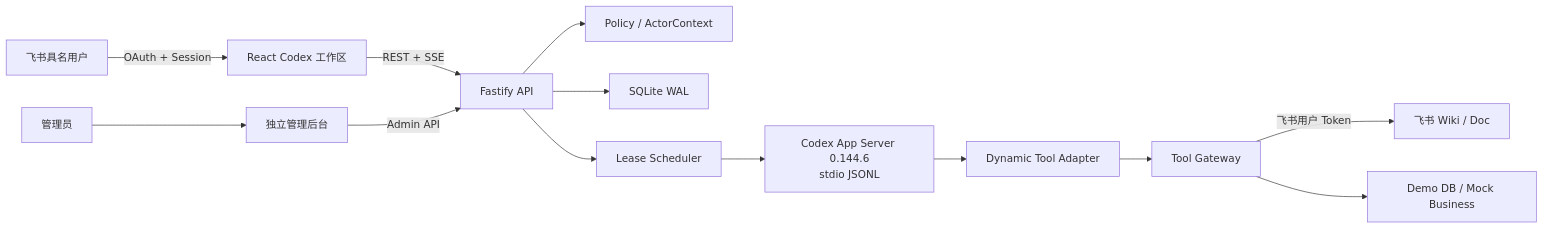
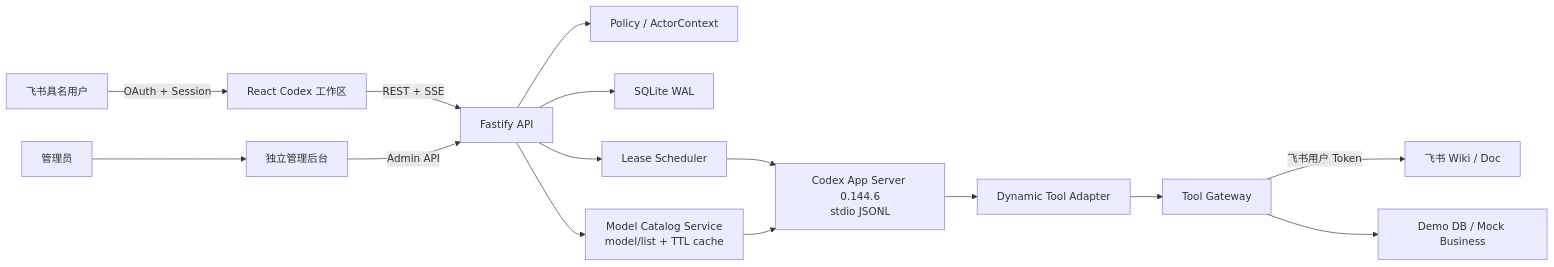
One commit to Scofy0123/AI-Platform changed the fourth of 6 diagrams in docs/codexplatform-1.1-product-and-technical-spec.md. Above: the diagram before and after it, drawn with Mermaid. The commit also changed other lines of this file and 53 other files, not shown here.

````diff
--- a/docs/codexplatform-1.1-product-and-technical-spec.md
+++ b/docs/codexplatform-1.1-product-and-technical-spec.md
@@ -200,15 +263,17 @@
 ```mermaid
 flowchart LR
     User["飞书具名用户"] -->|"OAuth + Session"| Web["React Codex 工作区"]
     Admin["管理员"] --> AdminUI["独立管理后台"]
     Web -->|"REST + SSE"| API["Fastify API"]
     AdminUI -->|"Admin API"| API
     API --> Policy["Policy / ActorContext"]
     API --> Store["SQLite WAL"]
     API --> Lease["Lease Scheduler"]
+    API --> Catalog["Model Catalog Service\nmodel/list + TTL cache"]
     Lease --> Runtime["Codex App Server 0.144.6\nstdio JSONL"]
+    Catalog --> Runtime
     Runtime --> Tools["Dynamic Tool Adapter"]
     Tools --> Gateway["Tool Gateway"]
     Gateway -->|"飞书用户 Token"| Feishu["飞书 Wiki / Doc"]
     Gateway --> Mock["Demo DB / Mock Business"]
 ```
````
